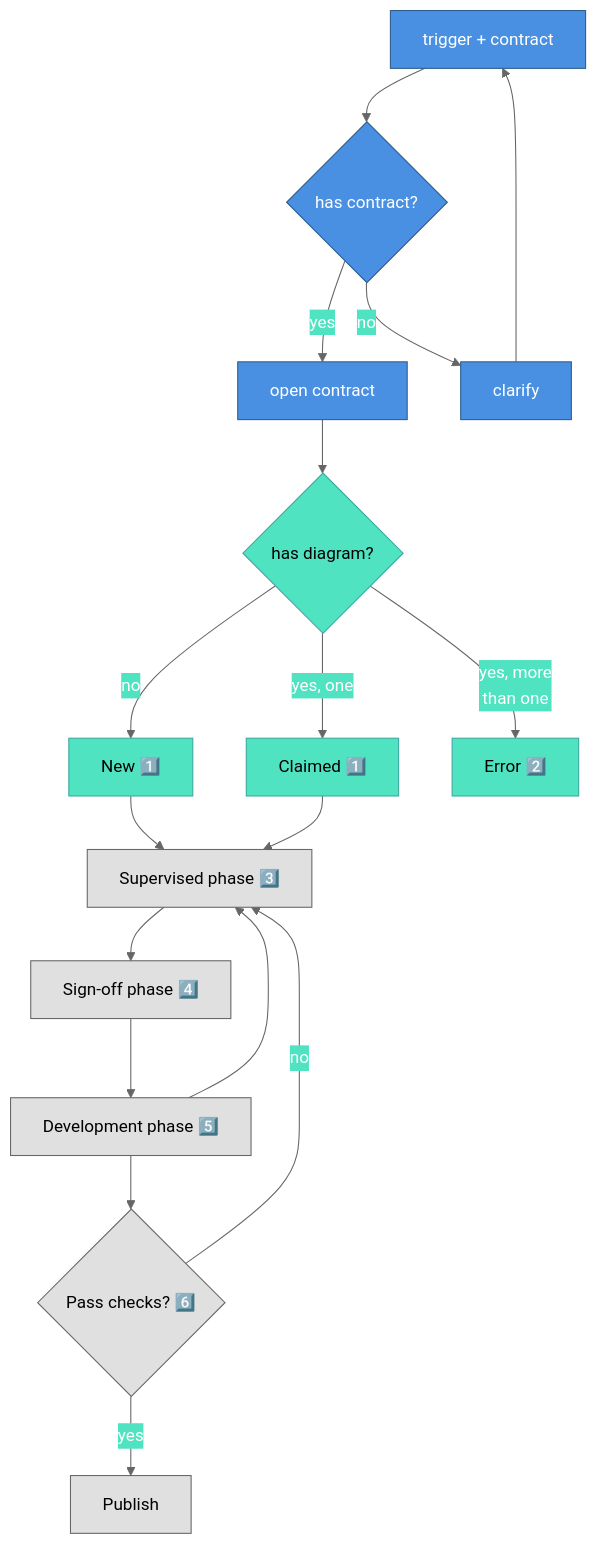
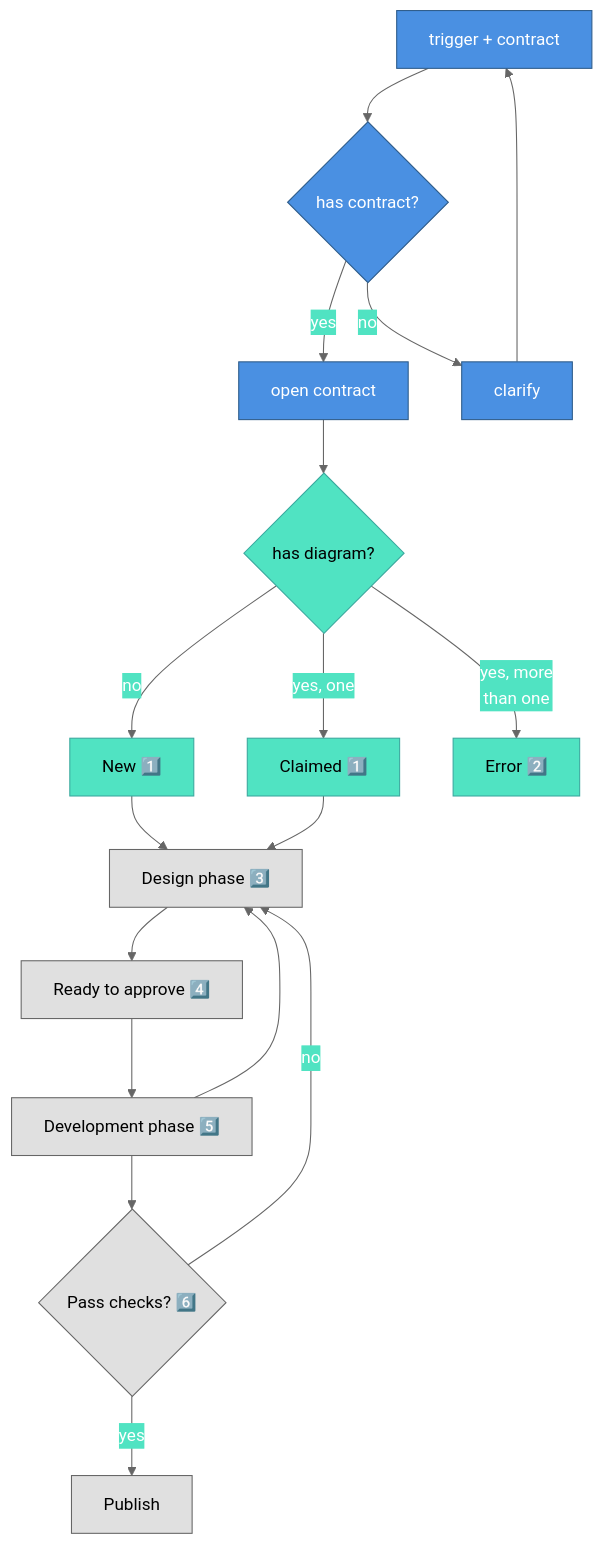
The diagram in contract-diagram/SKILL.md (nonlinear/skills), drawn with Mermaid before and after one commit. The commit also changed other lines of this file and 1 other file, not shown here.

Commit message:
Implement phase detection (Design/Ready to approve/Development/Ready to test) + rename SUPERVISED→DESIGN

````diff
--- a/contract-diagram/SKILL.md
+++ b/contract-diagram/SKILL.md
@@ -14,45 +14,45 @@
 ```mermaid
 %%{init: {'theme':'base','themeVariables':{'primaryColor':'#4A90E2','primaryTextColor':'#fff','primaryBorderColor':'#2E5C8A','lineColor':'#666','secondaryColor':'#50E3C2','tertiaryColor':'#FFD700'}}}%%
 flowchart TD
     TRIGGER["trigger + contract"]
     CHECK_CONTRACT{"has contract?"}
     OPEN["open contract"]
     CLARIFY["clarify"]
     CHECK_DIAGRAM{"has diagram?"}
     CREATE["New 1️⃣"]
     CLAIM["Claimed 1️⃣"]
     ERROR["Error 2️⃣"]
     
-    SUPERVISED["Supervised phase 3️⃣"]
-    SIGNOFF["Sign-off phase 4️⃣"]
+    DESIGN["Design phase 3️⃣"]
+    SIGNOFF["Ready to approve 4️⃣"]
     DEVELOPMENT["Development phase 5️⃣"]
     TESTS{"Pass checks? 6️⃣"}
     PUBLISH["Publish"]
     
     TRIGGER --> CHECK_CONTRACT
     CHECK_CONTRACT -->|yes| OPEN
     CHECK_CONTRACT -->|no| CLARIFY
     CLARIFY --> TRIGGER
     
     OPEN --> CHECK_DIAGRAM
     CHECK_DIAGRAM -->|yes, more<br/>than one| ERROR
     CHECK_DIAGRAM -->|yes, one| CLAIM
     CHECK_DIAGRAM -->|no| CREATE
     
-    CREATE --> SUPERVISED
-    CLAIM --> SUPERVISED
-    SUPERVISED --> SIGNOFF
+    CREATE --> DESIGN
+    CLAIM --> DESIGN
+    DESIGN --> SIGNOFF
     SIGNOFF --> DEVELOPMENT
-    DEVELOPMENT --> SUPERVISED
+    DEVELOPMENT --> DESIGN
     DEVELOPMENT --> TESTS
     TESTS -->|yes| PUBLISH
-    TESTS -->|no| SUPERVISED
+    TESTS -->|no| DESIGN
     
     classDef default fill:#e0e0e0,stroke:#666,color:#000
     classDef approved fill:#4A90E2,stroke:#2E5C8A,color:#fff
     classDef developed fill:#50E3C2,stroke:#3aa89e,color:#000
     
     class TRIGGER,CHECK_CONTRACT,OPEN,CLARIFY approved
     class CHECK_DIAGRAM,CREATE,CLAIM,ERROR developed
-    class SUPERVISED,SIGNOFF,DEVELOPMENT,TESTS,PUBLISH default
+    class DESIGN,SIGNOFF,DEVELOPMENT,TESTS,PUBLISH default
 ```
````
